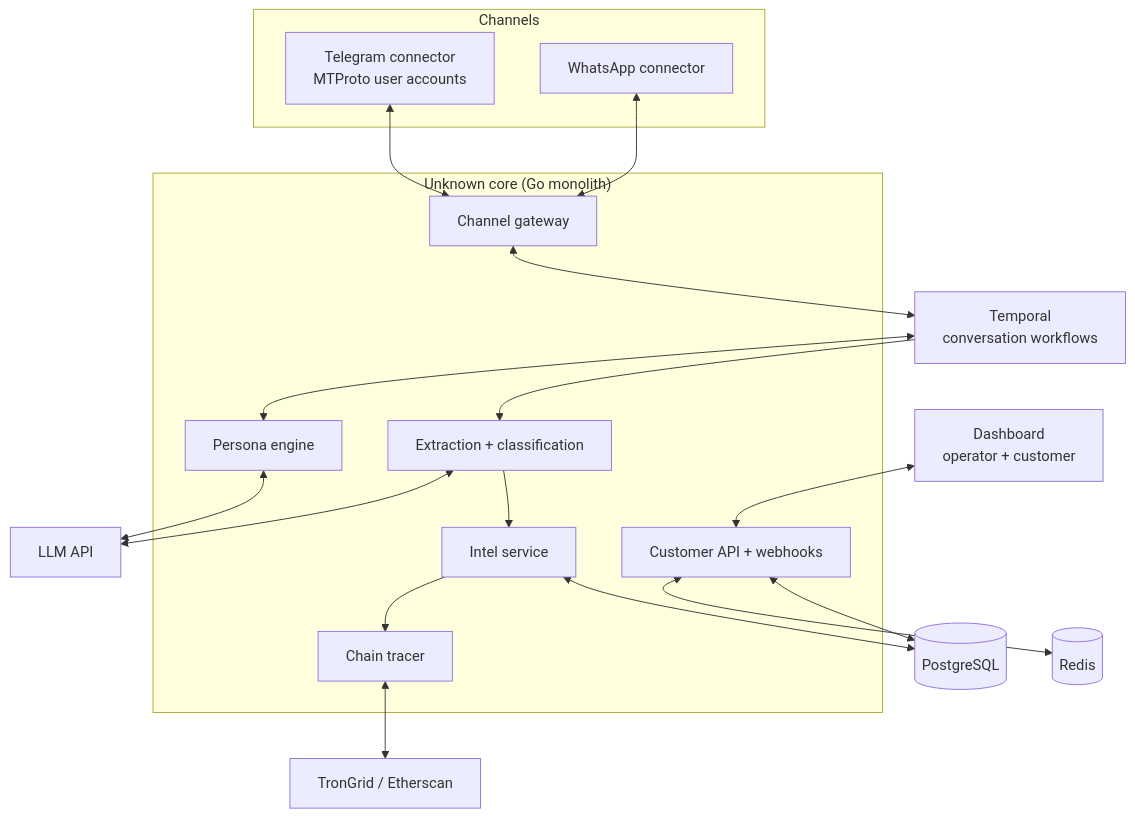
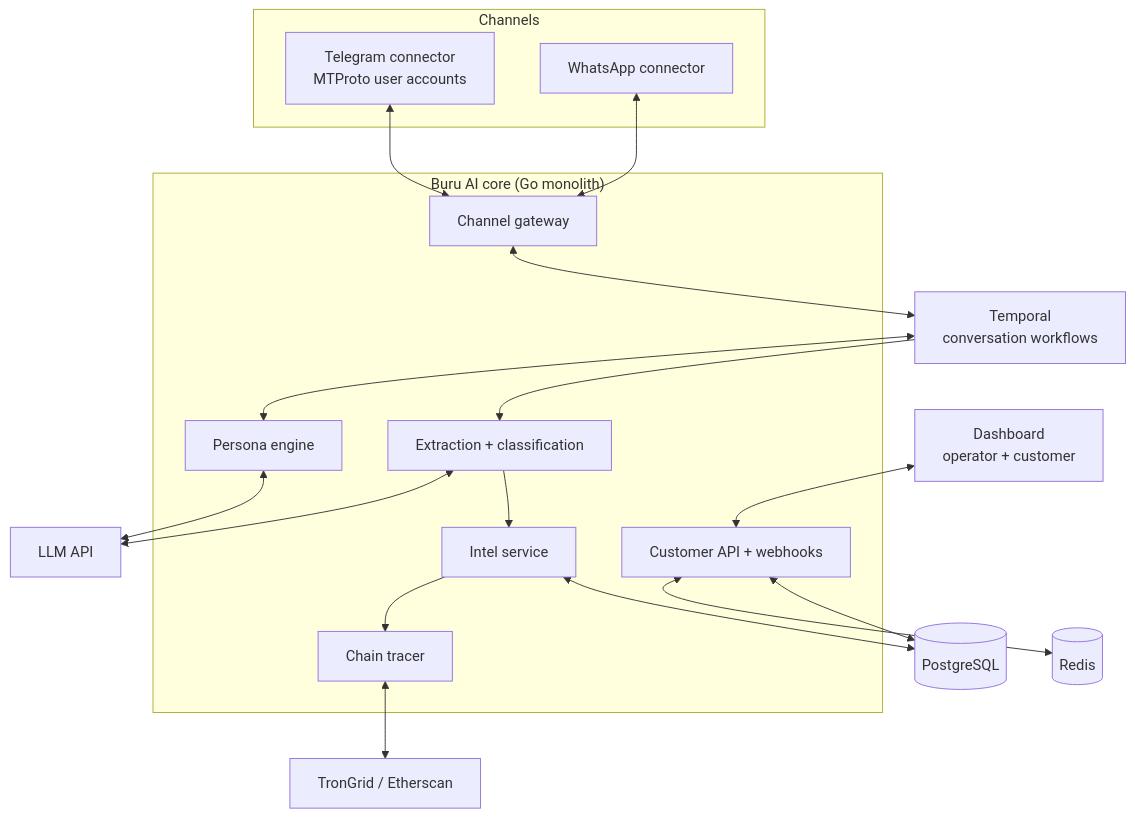
Before and after one commit to JaxzTan/Buru_AI: the diagram in docs/TRD.md, drawn with Mermaid. The commit also changed other lines of this file and 1 other file, not shown here.

````diff
--- a/docs/TRD.md
+++ b/docs/TRD.md
@@ -27,35 +27,35 @@
 ```mermaid
 flowchart TB
   subgraph Channels
     TG[Telegram connector<br/>MTProto user accounts]
     WA[WhatsApp connector]
   end
-  subgraph Core["Unknown core (Go monolith)"]
+  subgraph Core["Buru AI core (Go monolith)"]
     GW[Channel gateway]
     PE[Persona engine]
     EX[Extraction + classification]
     TR[Chain tracer]
     IN[Intel service]
     CA[Customer API + webhooks]
   end
   TMP[Temporal<br/>conversation workflows]
   LLM[LLM API]
   CH[TronGrid / Etherscan]
   DB[(PostgreSQL)]
   RD[(Redis)]
   DASH[Dashboard<br/>operator + customer]
 
   TG & WA <--> GW
   GW <--> TMP
   TMP <--> PE
   PE <--> LLM
   TMP --> EX
   EX <--> LLM
   EX --> IN
   IN --> TR
   TR <--> CH
   IN <--> DB
   CA <--> RD
   CA <--> DB
   DASH <--> CA
 ```
````
